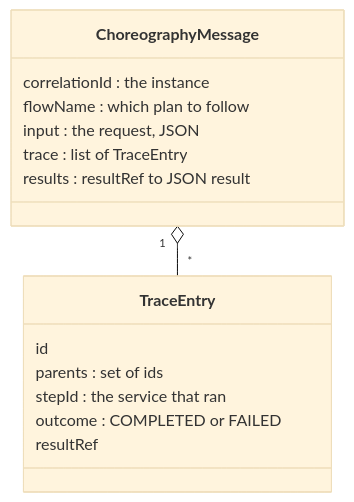
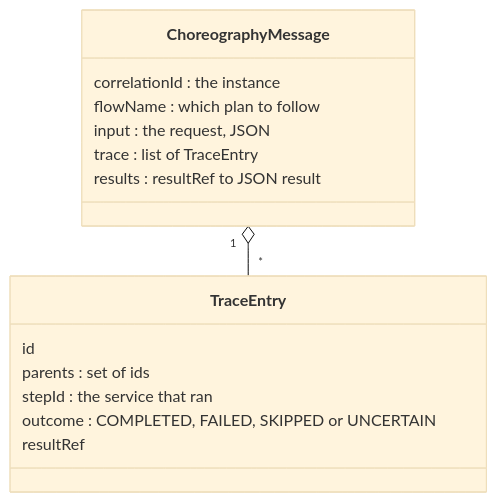
The third of 10 diagrams in README.md (ermi9/EDA-choreography), drawn with Mermaid (base theme) before and after one commit. The commit also changed other lines of this file, not shown here.

````diff
--- a/README.md
+++ b/README.md
@@ -65,18 +69,18 @@
 ```mermaid
 classDiagram
     class ChoreographyMessage {
         correlationId : the instance
         flowName : which plan to follow
         input : the request, JSON
         trace : list of TraceEntry
         results : resultRef to JSON result
     }
     class TraceEntry {
         id
         parents : set of ids
         stepId : the service that ran
-        outcome : COMPLETED or FAILED
+        outcome : COMPLETED, FAILED, SKIPPED or UNCERTAIN
         resultRef
     }
     ChoreographyMessage "1" o-- "*" TraceEntry
 ```
````
